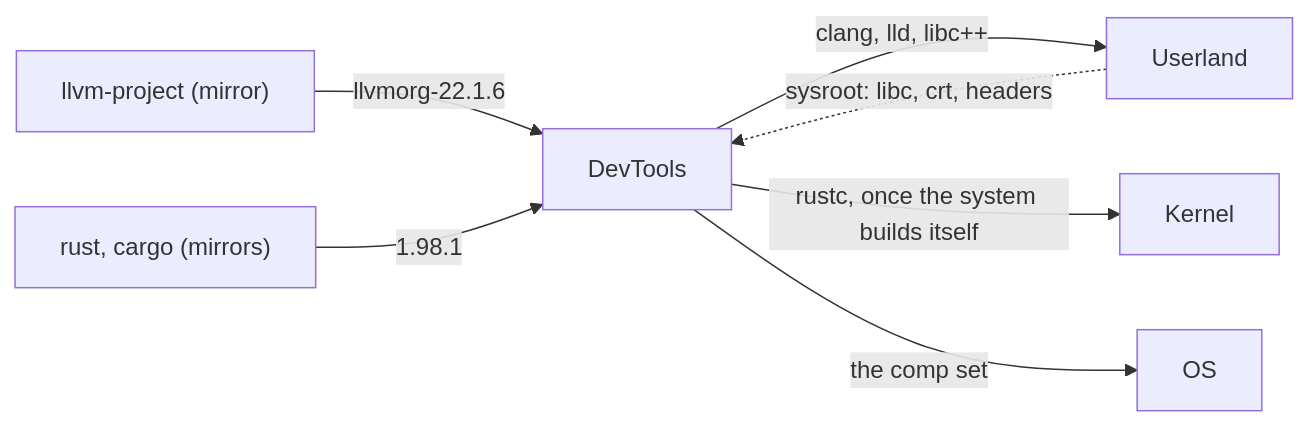
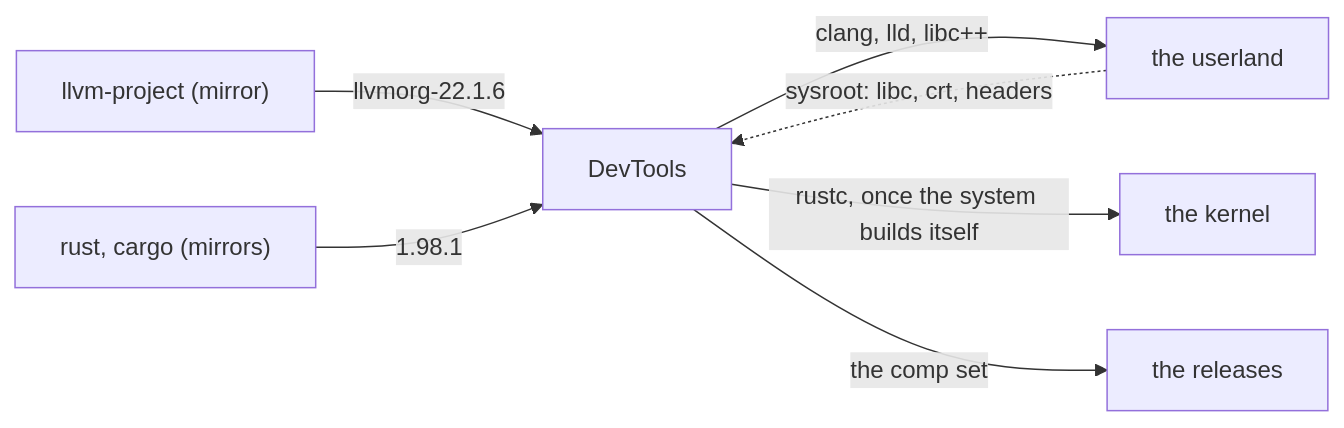
Before and after one commit to EmiBSD/DevTools: the diagram in README.md, drawn with Mermaid. The commit also changed other lines of this file and 14 other files, not shown here.

````diff
--- a/README.md
+++ b/README.md
@@ -42,9 +47,9 @@
 ```mermaid
 flowchart LR
     llvm["llvm-project (mirror)"] -- "llvmorg-22.1.6" --> dev["DevTools"]
     rust["rust, cargo (mirrors)"] -- "1.98.1" --> dev
-    dev -- "clang, lld, libc++" --> ul["Userland"]
-    dev -- "rustc, once the system builds itself" --> k["Kernel"]
-    dev -- "the comp set" --> os["OS"]
+    dev -- "clang, lld, libc++" --> ul["the userland"]
+    dev -- "rustc, once the system builds itself" --> k["the kernel"]
+    dev -- "the comp set" --> os["the releases"]
     ul -. "sysroot: libc, crt, headers" .-> dev
 ```
````
